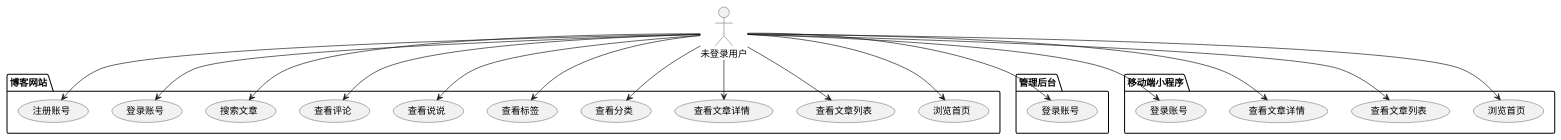
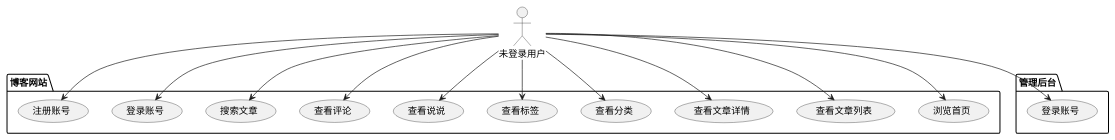
Before and after one commit to yello-rush/-springvue-: the first of 3 diagrams in 系统分析.md, drawn with PlantUML. The commit also changed other lines of this file and 29 other files, not shown here.

````diff
--- a/系统分析.md
+++ b/系统分析.md
@@ -141,54 +140,42 @@
 ```plantuml
 @startuml
 ' 垂直布局
 top to bottom direction
 
 ' 角色定义
 actor "未登录用户" as Actor1
 
 ' 博客网站用例
 package "博客网站" {
   usecase "浏览首页" as UC1
   usecase "查看文章列表" as UC2
   usecase "查看文章详情" as UC3
   usecase "查看分类" as UC4
   usecase "查看标签" as UC5
   usecase "查看说说" as UC6
   usecase "查看评论" as UC7
   usecase "搜索文章" as UC8
   usecase "登录账号" as UC9
   usecase "注册账号" as UC10
 }
 
 ' 管理后台用例
 package "管理后台" {
   usecase "登录账号" as UC11
 }
 
-' 移动端小程序用例
-package "移动端小程序" {
-  usecase "浏览首页" as UC12
-  usecase "查看文章列表" as UC13
-  usecase "查看文章详情" as UC14
-  usecase "登录账号" as UC15
-}
-
 ' 关系定义
 Actor1 --> UC1
 Actor1 --> UC2
 Actor1 --> UC3
 Actor1 --> UC4
 Actor1 --> UC5
 Actor1 --> UC6
 Actor1 --> UC7
 Actor1 --> UC8
 Actor1 --> UC9
 Actor1 --> UC10
 Actor1 --> UC11
-Actor1 --> UC12
-Actor1 --> UC13
-Actor1 --> UC14
-Actor1 --> UC15
 
 @enduml
 ```
````
